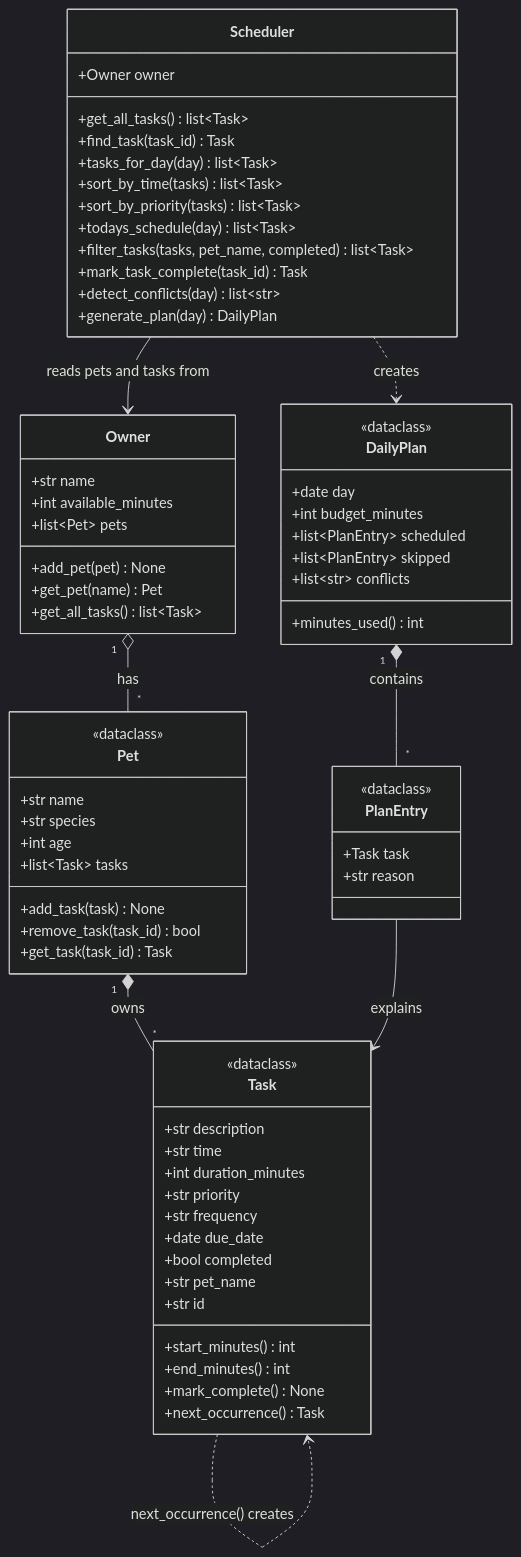
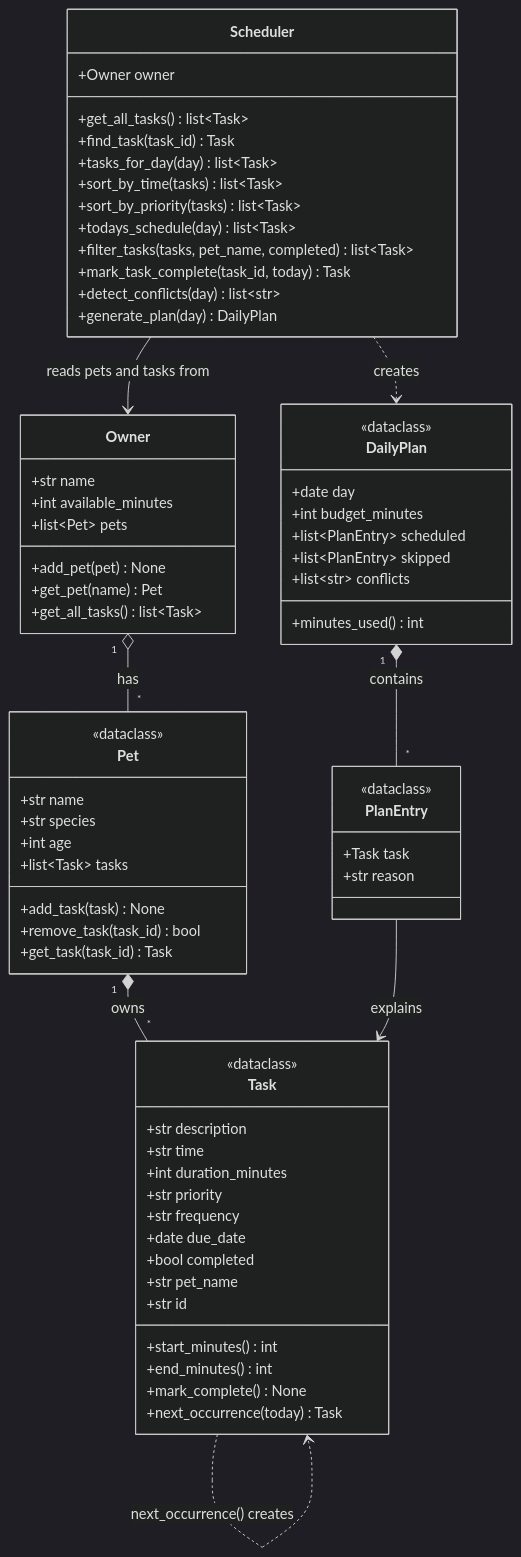
Before and after one commit to jthyn1/ai110-module2show-pawpal-starter: the diagram in diagrams/uml.mmd, drawn with Mermaid (dark theme). The commit also changed 5 other files, not shown here.

```diff
--- a/diagrams/uml.mmd
+++ b/diagrams/uml.mmd
@@ -1,77 +1,77 @@
 classDiagram
     %% Final design — matches pawpal_system.py. The Phase 1 draft is in uml_draft.mmd.
 
     class Task {
         <<dataclass>>
         +str description
         +str time
         +int duration_minutes
         +str priority
         +str frequency
         +date due_date
         +bool completed
         +str pet_name
         +str id
         +start_minutes() int
         +end_minutes() int
         +mark_complete() None
-        +next_occurrence() Task
+        +next_occurrence(today) Task
     }
 
     class Pet {
         <<dataclass>>
         +str name
         +str species
         +int age
         +list~Task~ tasks
         +add_task(task) None
         +remove_task(task_id) bool
         +get_task(task_id) Task
     }
 
     class Owner {
         +str name
         +int available_minutes
         +list~Pet~ pets
         +add_pet(pet) None
         +get_pet(name) Pet
         +get_all_tasks() list~Task~
     }
 
     class Scheduler {
         +Owner owner
         +get_all_tasks() list~Task~
         +find_task(task_id) Task
         +tasks_for_day(day) list~Task~
         +sort_by_time(tasks) list~Task~
         +sort_by_priority(tasks) list~Task~
         +todays_schedule(day) list~Task~
         +filter_tasks(tasks, pet_name, completed) list~Task~
-        +mark_task_complete(task_id) Task
+        +mark_task_complete(task_id, today) Task
         +detect_conflicts(day) list~str~
         +generate_plan(day) DailyPlan
     }
 
     class DailyPlan {
         <<dataclass>>
         +date day
         +int budget_minutes
         +list~PlanEntry~ scheduled
         +list~PlanEntry~ skipped
         +list~str~ conflicts
         +minutes_used() int
     }
 
     class PlanEntry {
         <<dataclass>>
         +Task task
         +str reason
     }
 
     Owner "1" o-- "*" Pet : has
     Pet "1" *-- "*" Task : owns
     Scheduler --> Owner : reads pets and tasks from
     Scheduler ..> DailyPlan : creates
     DailyPlan "1" *-- "*" PlanEntry : contains
     PlanEntry --> Task : explains
     Task ..> Task : next_occurrence() creates
```
